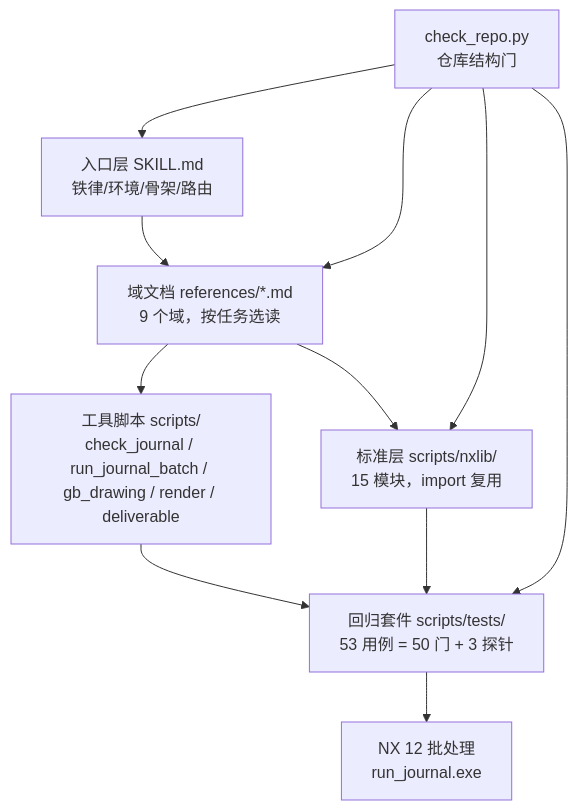
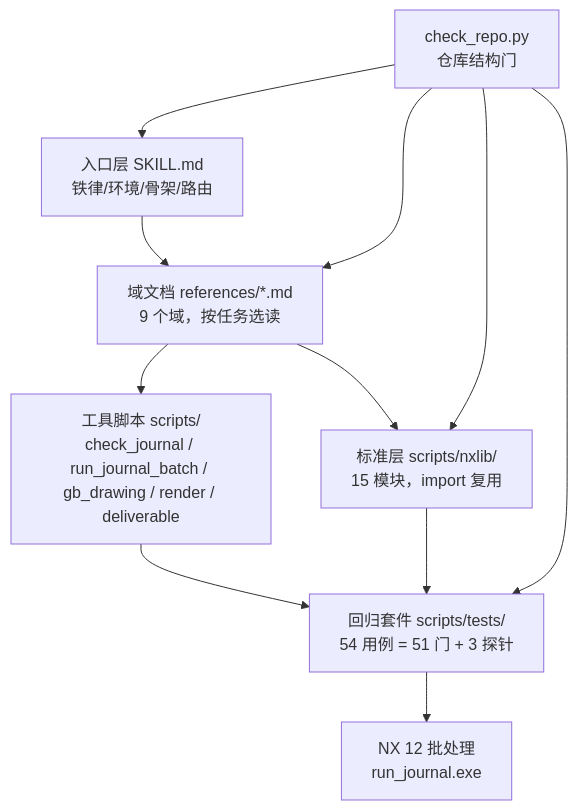
One commit to EVOL233awa/nxopen-journal changed the diagram in docs/wiki/01-architecture.md. Above: the diagram before and after it, drawn with Mermaid. The commit also changed other lines of this file and 16 other files, not shown here.

First line of the commit message:
feat(gb): 装配图补齐 GB 序号、剖视与完整标题栏

````diff
--- a/docs/wiki/01-architecture.md
+++ b/docs/wiki/01-architecture.md
@@ -9,13 +9,13 @@
 ```mermaid
 graph TD
   A["入口层 SKILL.md<br>铁律/环境/骨架/路由"] --> B["域文档 references/*.md<br>9 个域，按任务选读"]
   B --> C["工具脚本 scripts/<br>check_journal / run_journal_batch / gb_drawing / render / deliverable"]
   B --> D["标准层 scripts/nxlib/<br>15 模块，import 复用"]
-  C --> E["回归套件 scripts/tests/<br>53 用例 = 50 门 + 3 探针"]
+  C --> E["回归套件 scripts/tests/<br>54 用例 = 51 门 + 3 探针"]
   D --> E
   E --> F["NX 12 批处理<br>run_journal.exe"]
   G["check_repo.py<br>仓库结构门"] --> A
   G --> B
   G --> D
   G --> E
 ```
````
